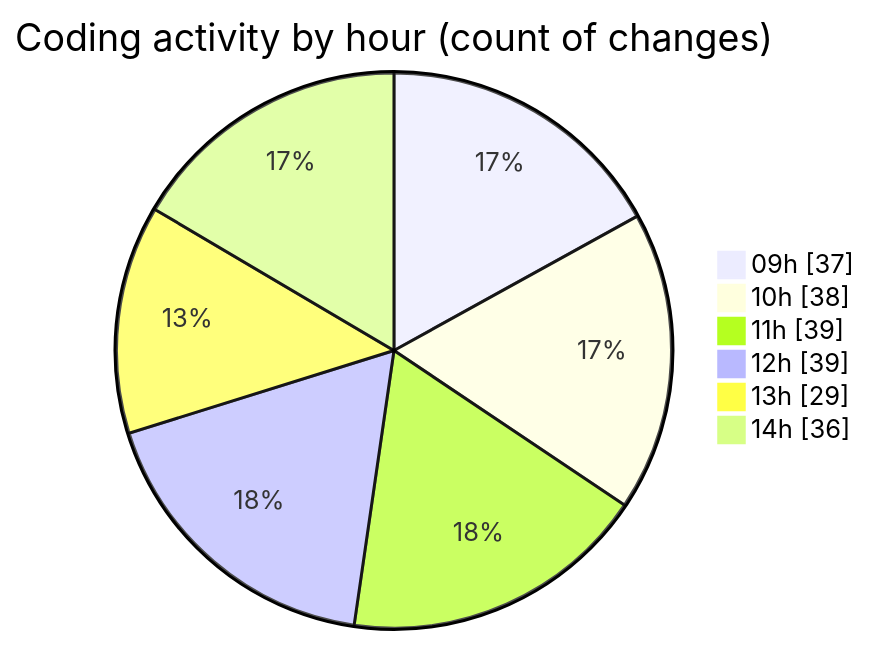
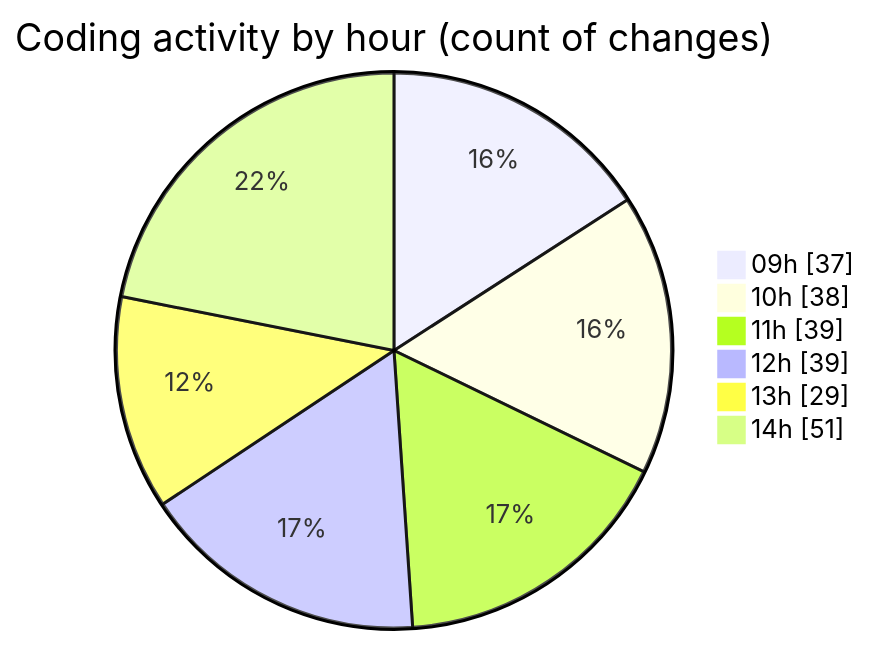
Before and after one commit to momahboobian/code-tracking: the second of 2 diagrams in 2025-02-12/cda/README.md, drawn with Mermaid. The commit also changed other lines of this file and 1 other file, not shown here.

````diff
--- a/2025-02-12/cda/README.md
+++ b/2025-02-12/cda/README.md
@@ -37,10 +38,10 @@
 ```mermaid
 pie showData
 title Coding activity by hour (count of changes)
 "09h" : 37
 "10h" : 38
 "11h" : 39
 "12h" : 39
 "13h" : 29
-"14h" : 36
+"14h" : 51
 ```
````
